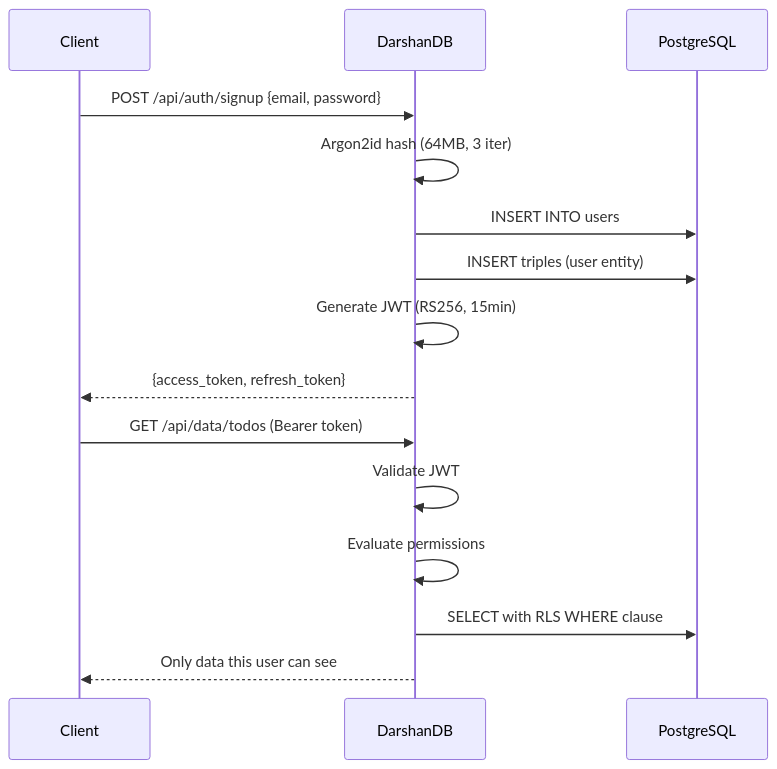
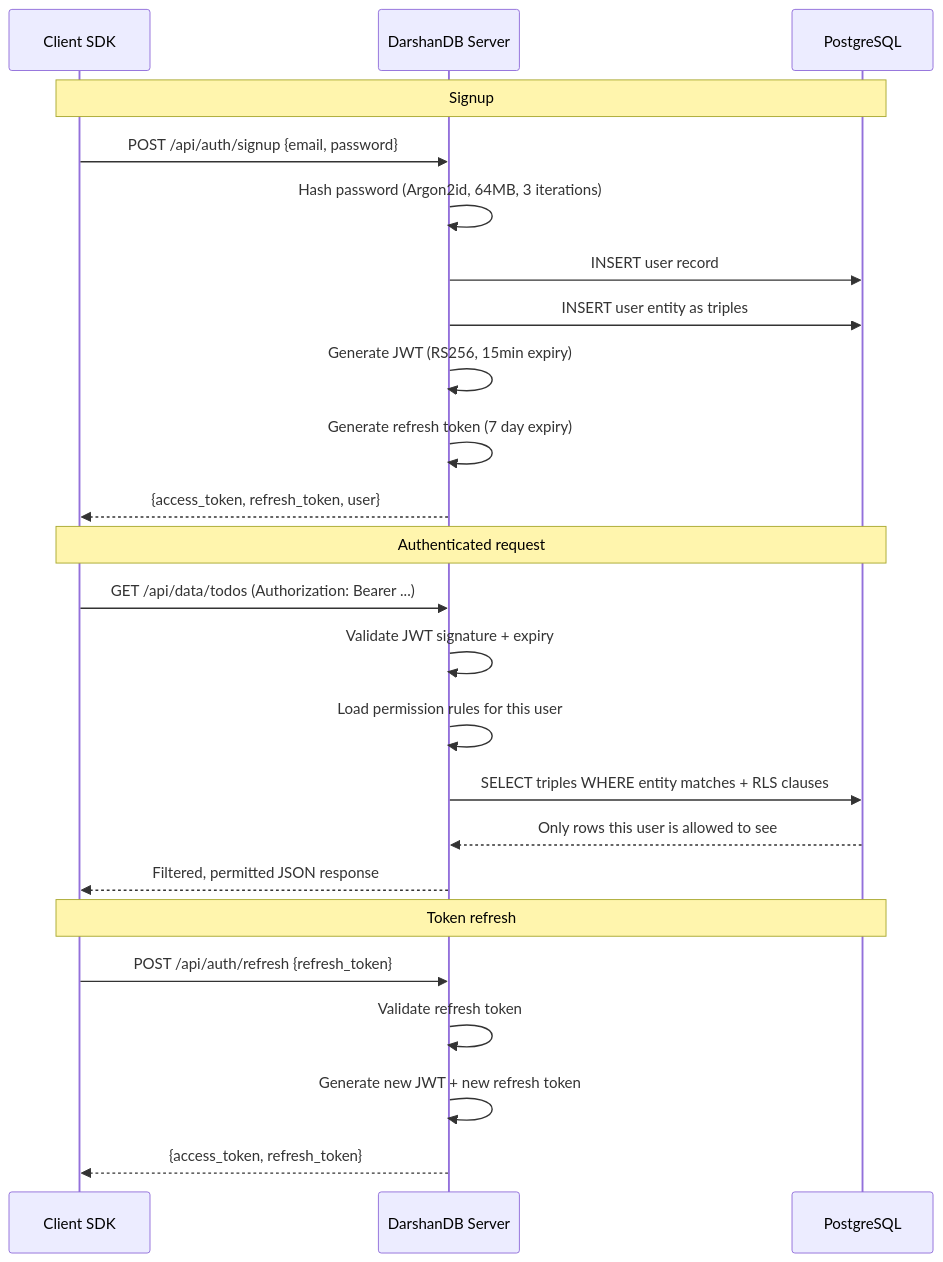
Before and after one commit to darshjme/darshjdb: the eighth of 11 diagrams in README.md, drawn with Mermaid. The commit also changed other lines of this file, not shown here.

First line of the commit message:
docs: definitive README — 11 Mermaid diagrams, real founder story, honest alpha

````diff
--- a/README.md
+++ b/README.md
@@ -189,19 +284,29 @@
 ```mermaid
 sequenceDiagram
-    participant C as Client
-    participant S as DarshanDB
+    participant C as Client SDK
+    participant S as DarshanDB Server
     participant P as PostgreSQL
 
+    Note over C,P: Signup
     C->>S: POST /api/auth/signup {email, password}
-    S->>S: Argon2id hash (64MB, 3 iter)
-    S->>P: INSERT INTO users
-    S->>P: INSERT triples (user entity)
-    S->>S: Generate JWT (RS256, 15min)
+    S->>S: Hash password (Argon2id, 64MB, 3 iterations)
+    S->>P: INSERT user record
+    S->>P: INSERT user entity as triples
+    S->>S: Generate JWT (RS256, 15min expiry)
+    S->>S: Generate refresh token (7 day expiry)
+    S-->>C: {access_token, refresh_token, user}
+
+    Note over C,P: Authenticated request
+    C->>S: GET /api/data/todos (Authorization: Bearer ...)
+    S->>S: Validate JWT signature + expiry
+    S->>S: Load permission rules for this user
+    S->>P: SELECT triples WHERE entity matches + RLS clauses
+    P-->>S: Only rows this user is allowed to see
+    S-->>C: Filtered, permitted JSON response
+
+    Note over C,P: Token refresh
+    C->>S: POST /api/auth/refresh {refresh_token}
+    S->>S: Validate refresh token
+    S->>S: Generate new JWT + new refresh token
     S-->>C: {access_token, refresh_token}
-
-    C->>S: GET /api/data/todos (Bearer token)
-    S->>S: Validate JWT
-    S->>S: Evaluate permissions
-    S->>P: SELECT with RLS WHERE clause
-    S-->>C: Only data this user can see
 ```
````
